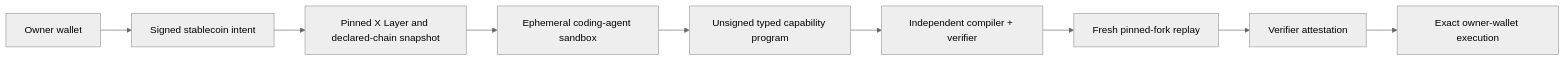
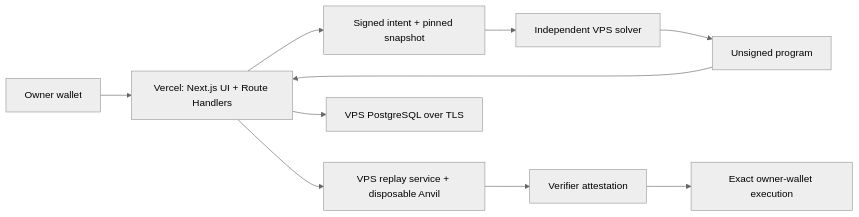
Before and after one commit to SebastianBoehler/cobia: the diagram in README.md, drawn with Mermaid (neutral theme). The commit also changed other lines of this file and 29 other files, not shown here.

Commit message:
feat(deploy): isolate replay and database services on VPS

````diff
--- a/README.md
+++ b/README.md
@@ -61,11 +61,12 @@
 ```mermaid
 flowchart LR
-    W["Owner wallet"] --> I["Signed stablecoin intent"]
-    I --> S["Pinned X Layer and declared-chain snapshot"]
-    S --> A["Ephemeral coding-agent sandbox"]
-    A --> P["Unsigned typed capability program"]
-    P --> V["Independent compiler + verifier"]
-    V --> F["Fresh pinned-fork replay"]
+    W["Owner wallet"] --> V["Vercel: Next.js UI + Route Handlers"]
+    V --> I["Signed intent + pinned snapshot"]
+    I --> S["Independent VPS solver"]
+    S --> P["Unsigned program"]
+    P --> V
+    V --> F["VPS replay service + disposable Anvil"]
     F --> T["Verifier attestation"]
     T --> E["Exact owner-wallet execution"]
+    V --> D["VPS PostgreSQL over TLS"]
 ```
````
